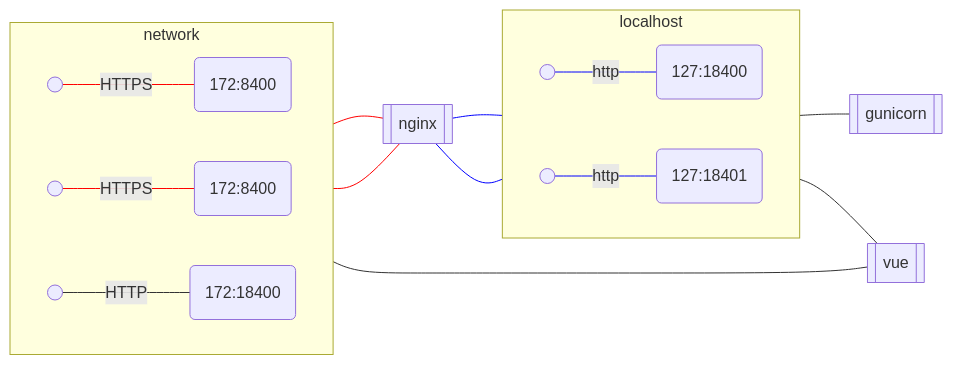
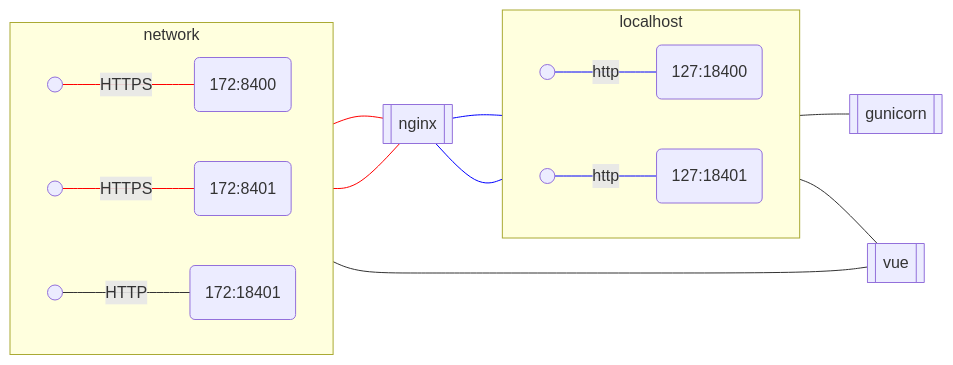
The third of 3 diagrams in bin/https.md (smucclaw/vue-pure-pdpa), drawn with Mermaid before and after one commit. The commit also changed other lines of this file, not shown here.

````diff
--- a/bin/https.md
+++ b/bin/https.md
@@ -66,33 +66,33 @@
 ```mermaid
 flowchart LR
     subgraph network
         direction LR
         id1(( )) -- HTTPS --- network_port_8400(172:8400)
         id2(( )) -- HTTPS --- network_port_8401(172:8401)
-        id5(( )) -- HTTP --- network_port_18401(172:18400)
+        id5(( )) -- HTTP --- network_port_18401(172:18401)
     end
     nginx[[nginx]]
-    network_port_8400(172:8400) --- nginx
-    network_port_8401(172:8400) --- nginx
+    network_port_8400 --- nginx
+    network_port_8401 --- nginx
 
     subgraph localhost
         direction LR
         id3(( )) -- http --- loop_port_18400(127:18400)
         id4(( ))-- http --- loop_port_18401(127:18401)
     end
     gunicorn[[ gunicorn ]]
     loop_port_18400---gunicorn
     vue[[ vue ]]
     loop_port_18401---vue
     nginx---id3
     nginx---id4
     network_port_18401---vue
     linkStyle 0 stroke:red;
     linkStyle 1 stroke:red;
     linkStyle 3 stroke:red;
     linkStyle 4 stroke:red;
     linkStyle 9 stroke:blue;
     linkStyle 10 stroke:blue;
     linkStyle 5 stroke:blue;
     linkStyle 6 stroke:blue;
 ```
````
